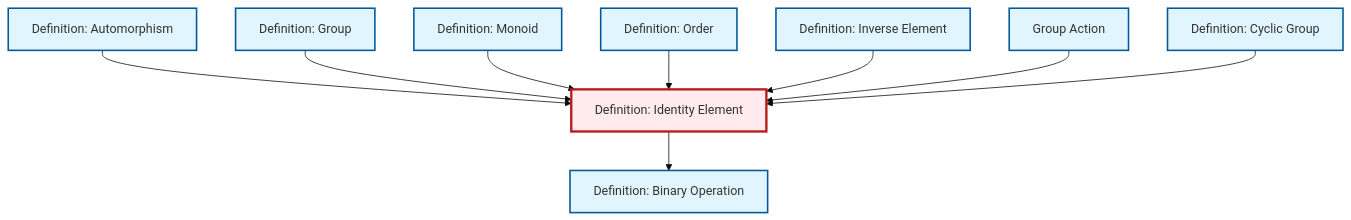
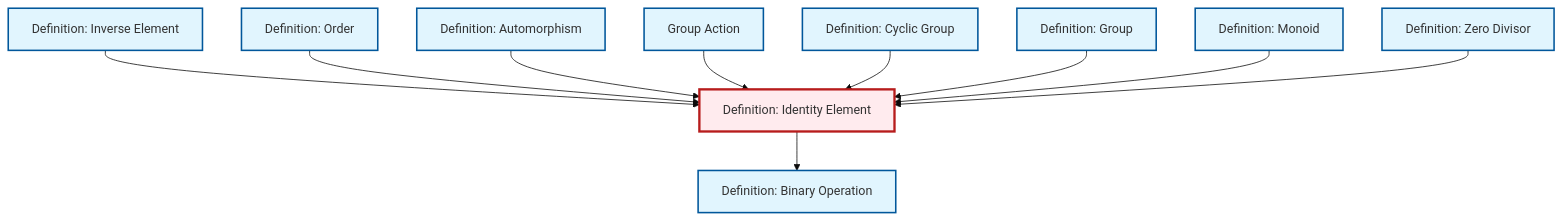
One commit to RK0429/ModernMath changed the diagram in content/ja/algebra/def-identity-element.qmd. Above: the diagram before and after it, drawn with Mermaid (base theme). The commit also changed 654 other files, not shown here.

````diff
--- a/content/ja/algebra/def-identity-element.qmd
+++ b/content/ja/algebra/def-identity-element.qmd
@@ -81,35 +81,38 @@
 ```{mermaid}
 %%| fig-cap: "Local dependency graph"
 graph TD
     classDef definition fill:#e1f5fe,stroke:#01579b,stroke-width:2px
     classDef theorem fill:#f3e5f5,stroke:#4a148c,stroke-width:2px
     classDef axiom fill:#fff3e0,stroke:#e65100,stroke-width:2px
     classDef example fill:#e8f5e9,stroke:#1b5e20,stroke-width:2px
     classDef current fill:#ffebee,stroke:#b71c1c,stroke-width:3px
+    def-inverse-element["Definition: Inverse Element"]:::definition
     def-monoid["Definition: Monoid"]:::definition
+    def-cyclic-group["Definition: Cyclic Group"]:::definition
     def-group["Definition: Group"]:::definition
+    def-order["Definition: Order"]:::definition
     def-binary-operation["Definition: Binary Operation"]:::definition
-    def-cyclic-group["Definition: Cyclic Group"]:::definition
-    def-order["Definition: Order"]:::definition
-    def-inverse-element["Definition: Inverse Element"]:::definition
+    def-zero-divisor["Definition: Zero Divisor"]:::definition
+    def-identity-element["Definition: Identity Element"]:::definition
     def-group-action["Group Action"]:::definition
     def-automorphism["Definition: Automorphism"]:::definition
-    def-identity-element["Definition: Identity Element"]:::definition
+    def-identity-element --> def-binary-operation
+    def-inverse-element --> def-identity-element
+    def-order --> def-identity-element
     def-automorphism --> def-identity-element
+    def-group-action --> def-identity-element
+    def-cyclic-group --> def-identity-element
     def-group --> def-identity-element
     def-monoid --> def-identity-element
-    def-order --> def-identity-element
-    def-inverse-element --> def-identity-element
-    def-identity-element --> def-binary-operation
-    def-group-action --> def-identity-element
-    def-cyclic-group --> def-identity-element
+    def-zero-divisor --> def-identity-element
     class def-identity-element current
+    click def-inverse-element "def-inverse-element.html" "Definition: Inverse Elementへ"
     click def-monoid "def-monoid.html" "Definition: Monoidへ"
+    click def-cyclic-group "def-cyclic-group.html" "Definition: Cyclic Groupへ"
     click def-group "def-group.html" "Definition: Groupへ"
+    click def-order "def-order.html" "Definition: Orderへ"
     click def-binary-operation "def-binary-operation.html" "Definition: Binary Operationへ"
-    click def-cyclic-group "def-cyclic-group.html" "Definition: Cyclic Groupへ"
-    click def-order "def-order.html" "Definition: Orderへ"
-    click def-inverse-element "def-inverse-element.html" "Definition: Inverse Elementへ"
+    click def-zero-divisor "def-zero-divisor.html" "Definition: Zero Divisorへ"
     click def-group-action "def-group-action.html" "Group Actionへ"
     click def-automorphism "def-automorphism.html" "Definition: Automorphismへ"
 ```
````
